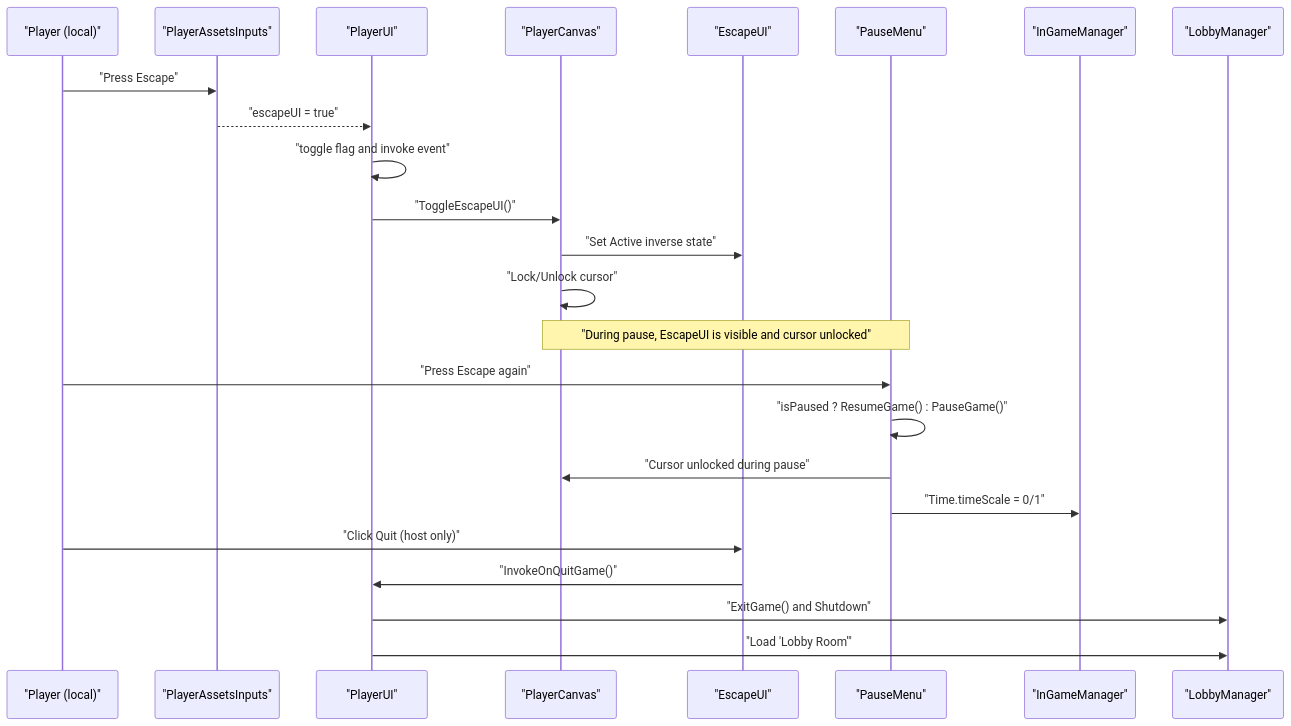
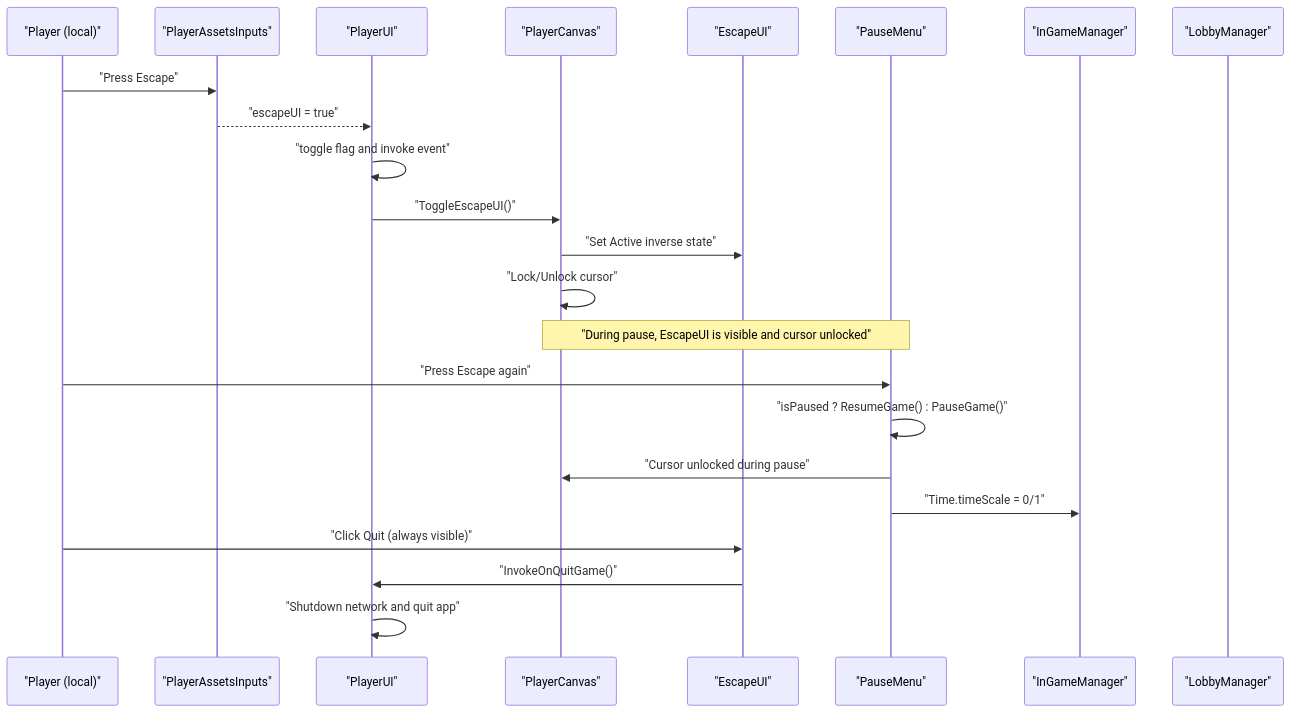
One commit to kandeng/openclaw_battle_game changed the second of 7 diagrams in .qoder/repowiki/en/content/User Interface System/Escape Menu.md. Above: the diagram before and after it, drawn with Mermaid. The commit also changed other lines of this file and 20 other files, not shown here.

````diff
--- a/.qoder/repowiki/en/content/User Interface System/Escape Menu.md
+++ b/.qoder/repowiki/en/content/User Interface System/Escape Menu.md
@@ -96,26 +104,25 @@
 ```mermaid
 sequenceDiagram
 participant Player as "Player (local)"
 participant Inputs as "PlayerAssetsInputs"
 participant PlayerUI as "PlayerUI"
 participant Canvas as "PlayerCanvas"
 participant Escape as "EscapeUI"
 participant Pause as "PauseMenu"
 participant InGame as "InGameManager"
 participant Lobby as "LobbyManager"
 Player->>Inputs : "Press Escape"
 Inputs-->>PlayerUI : "escapeUI = true"
 PlayerUI->>PlayerUI : "toggle flag and invoke event"
 PlayerUI->>Canvas : "ToggleEscapeUI()"
 Canvas->>Escape : "Set Active inverse state"
 Canvas->>Canvas : "Lock/Unlock cursor"
 Note over Pause,Canvas : "During pause, EscapeUI is visible and cursor unlocked"
 Player->>Pause : "Press Escape again"
 Pause->>Pause : "isPaused ? ResumeGame() : PauseGame()"
 Pause->>Canvas : "Cursor unlocked during pause"
 Pause->>InGame : "Time.timeScale = 0/1"
-Player->>Escape : "Click Quit (host only)"
+Player->>Escape : "Click Quit (always visible)"
 Escape->>PlayerUI : "InvokeOnQuitGame()"
-PlayerUI->>Lobby : "ExitGame() and Shutdown"
-PlayerUI->>Lobby : "Load 'Lobby Room'"
+PlayerUI->>PlayerUI : "Shutdown network and quit app"
 ```
````
